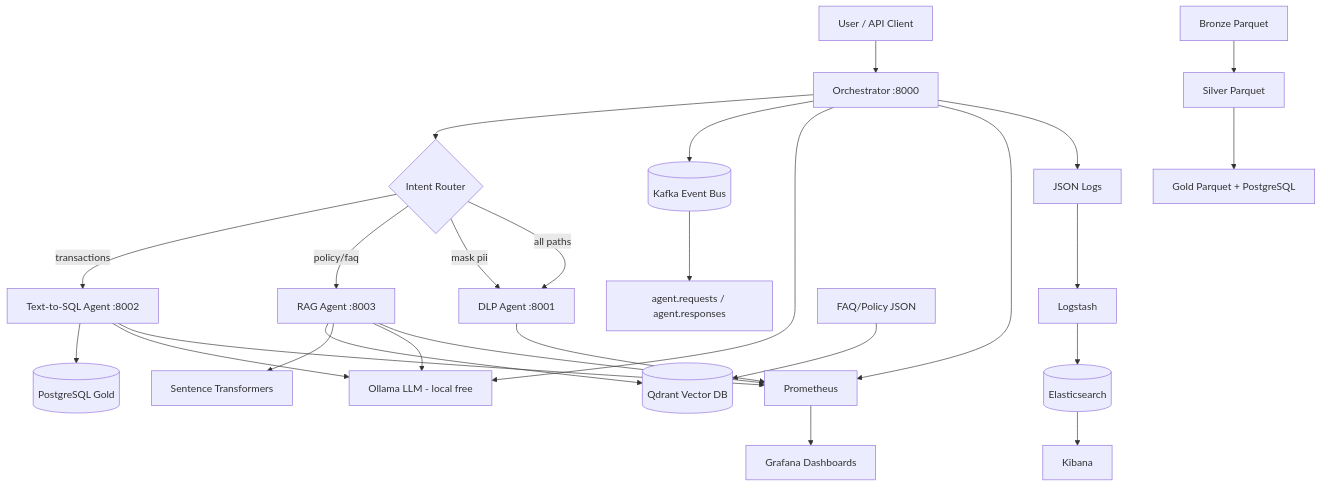
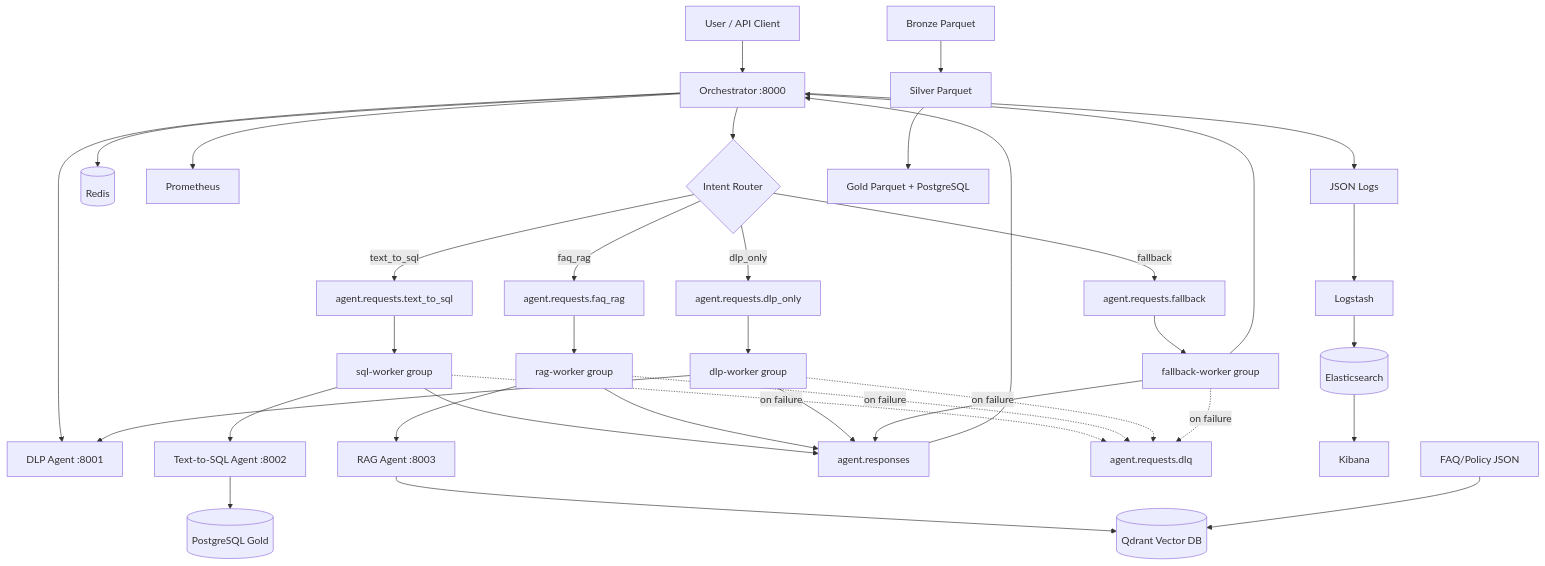
One commit to KranthiYadavE/Financial_MultiAgent changed the first of 2 diagrams in docs/ARCHITECTURE.md. Above: the diagram before and after it, drawn with Mermaid. The commit also changed other lines of this file and 22 other files, not shown here.

First line of the commit message:
Add Kafka intent topics, Redis cache, intent workers, and learning docs.

````diff
--- a/docs/ARCHITECTURE.md
+++ b/docs/ARCHITECTURE.md
@@ -5,35 +5,36 @@
 ```mermaid
 flowchart TB
     User[User / API Client] --> Orch[Orchestrator :8000]
+    Orch --> DLP[DLP Agent :8001]
     Orch --> Router{Intent Router}
-    Router -->|transactions| SQL[Text-to-SQL Agent :8002]
-    Router -->|policy/faq| RAG[RAG Agent :8003]
-    Router -->|mask pii| DLP[DLP Agent :8001]
-    Router -->|all paths| DLP
+    Orch --> Redis[(Redis)]
+    Router -->|text_to_sql| T1[agent.requests.text_to_sql]
+    Router -->|faq_rag| T2[agent.requests.faq_rag]
+    Router -->|dlp_only| T3[agent.requests.dlp_only]
+    Router -->|fallback| T4[agent.requests.fallback]
 
-    Orch --> Kafka[(Kafka Event Bus)]
-    Kafka --> Topics[agent.requests / agent.responses]
+    T1 --> SW[sql-worker group]
+    T2 --> RW[rag-worker group]
+    T3 --> DW[dlp-worker group]
+    T4 --> FW[fallback-worker group]
+
+    SW --> SQL[Text-to-SQL Agent :8002]
+    RW --> RAG[RAG Agent :8003]
+    DW --> DLP
+    FW --> Orch
+
+    SW & RW & DW & FW --> TR[agent.responses]
+    TR --> Orch
+    SW & RW & DW & FW -.->|on failure| DLQ[agent.requests.dlq]
 
     SQL --> PG[(PostgreSQL Gold)]
     RAG --> QD[(Qdrant Vector DB)]
-    RAG --> Embed[Sentence Transformers]
-
-    SQL --> Ollama[Ollama LLM - local free]
-    RAG --> Ollama
-    Orch --> Ollama
 
     Orch --> Prom[Prometheus]
-    SQL --> Prom
-    RAG --> Prom
-    DLP --> Prom
-    Prom --> Graf[Grafana Dashboards]
-
     Orch --> Logs[JSON Logs]
-    Logs --> LS[Logstash]
-    LS --> ES[(Elasticsearch)]
-    ES --> Kib[Kibana]
+    Logs --> LS[Logstash] --> ES[(Elasticsearch)] --> Kib[Kibana]
 
     Bronze[Bronze Parquet] --> Silver[Silver Parquet]
     Silver --> Gold[Gold Parquet + PostgreSQL]
     Docs[FAQ/Policy JSON] --> QD
 ```
````
